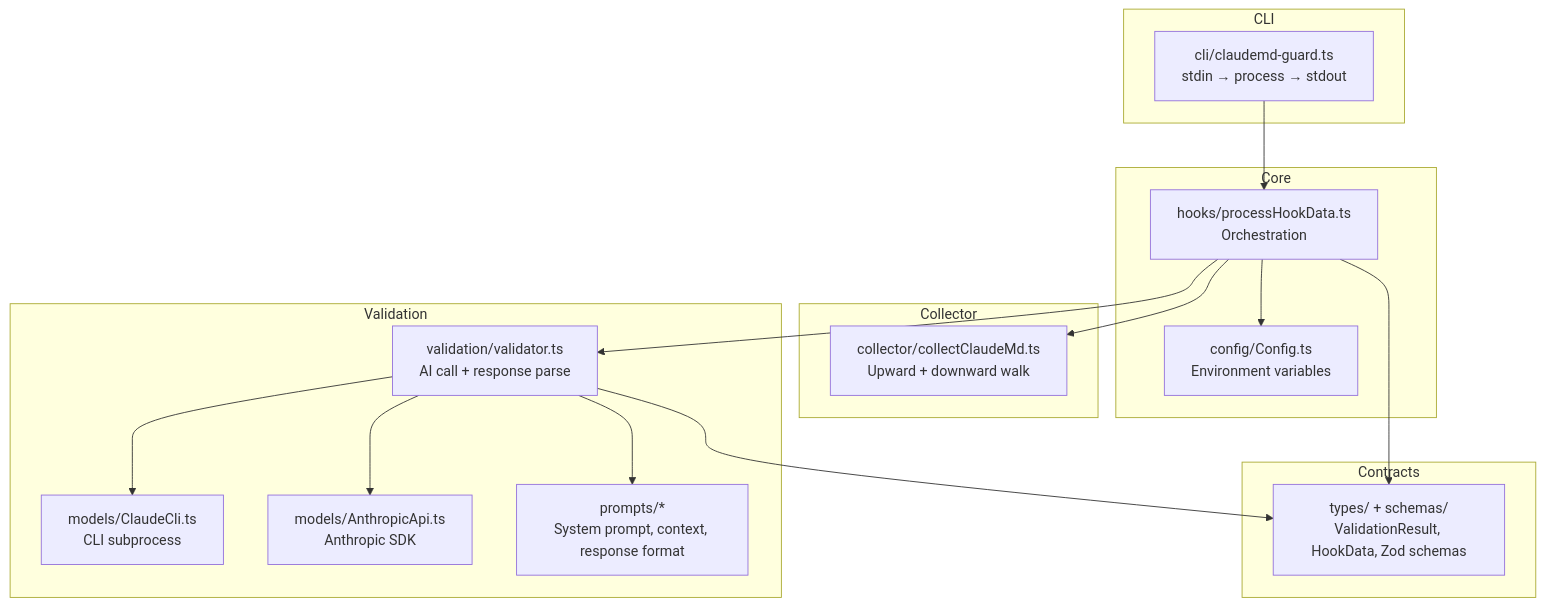
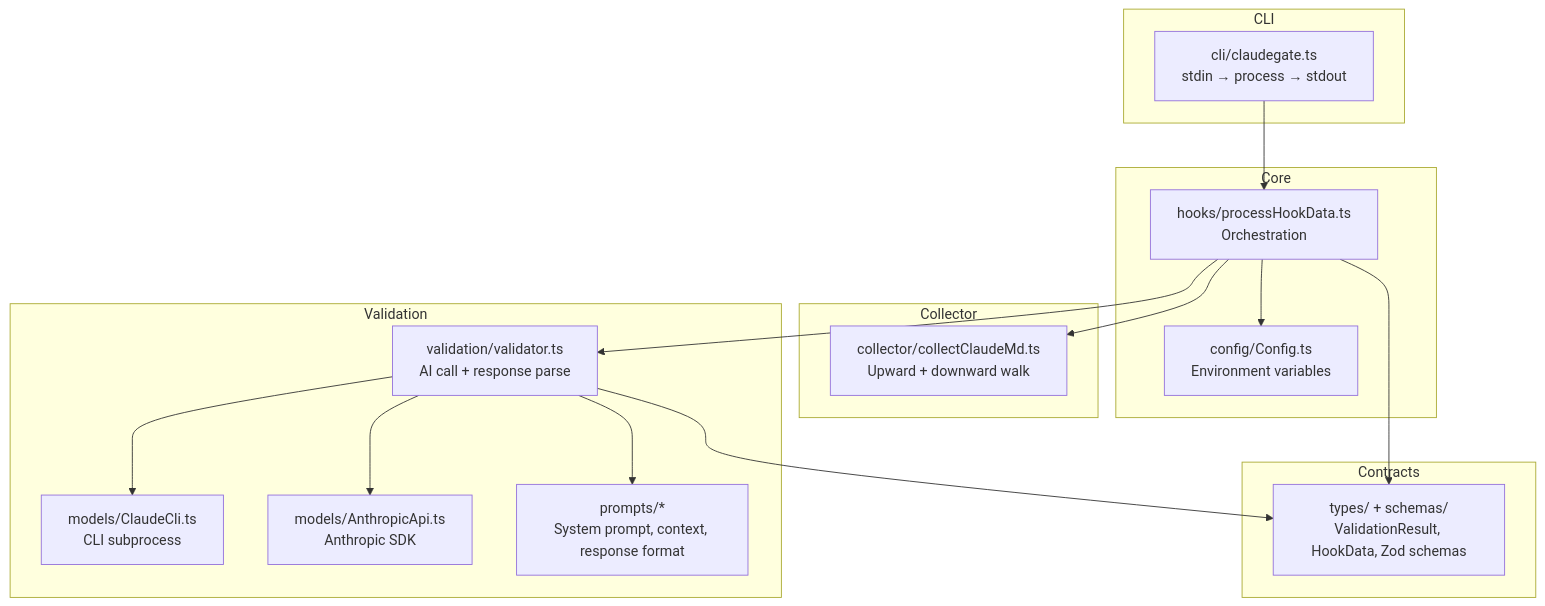
The second of 5 diagrams in docs/architecture.md (Hiro-Chiba/claudemd-guard), drawn with Mermaid before and after one commit. The commit also changed other lines of this file and 19 other files, not shown here.

First line of the commit message:
chore: rename project from claudemd-guard to claudegate (#22)

````diff
--- a/docs/architecture.md
+++ b/docs/architecture.md
@@ -38,36 +38,36 @@
 ```mermaid
 graph TD
     subgraph CLI
-        A[cli/claudemd-guard.ts<br/>stdin → process → stdout]
+        A[cli/claudegate.ts<br/>stdin → process → stdout]
     end
 
     subgraph Core
         B[hooks/processHookData.ts<br/>Orchestration]
         C[config/Config.ts<br/>Environment variables]
     end
 
     subgraph Collector
         D[collector/collectClaudeMd.ts<br/>Upward + downward walk]
     end
 
     subgraph Validation
         E[validation/validator.ts<br/>AI call + response parse]
         F[models/ClaudeCli.ts<br/>CLI subprocess]
         G[models/AnthropicApi.ts<br/>Anthropic SDK]
         H[prompts/*<br/>System prompt, context, response format]
     end
 
     subgraph Contracts
         I[types/ + schemas/<br/>ValidationResult, HookData, Zod schemas]
     end
 
     A --> B
     B --> C
     B --> D
     B --> E
     E --> F
     E --> G
     E --> H
     B --> I
     E --> I
 ```
````
